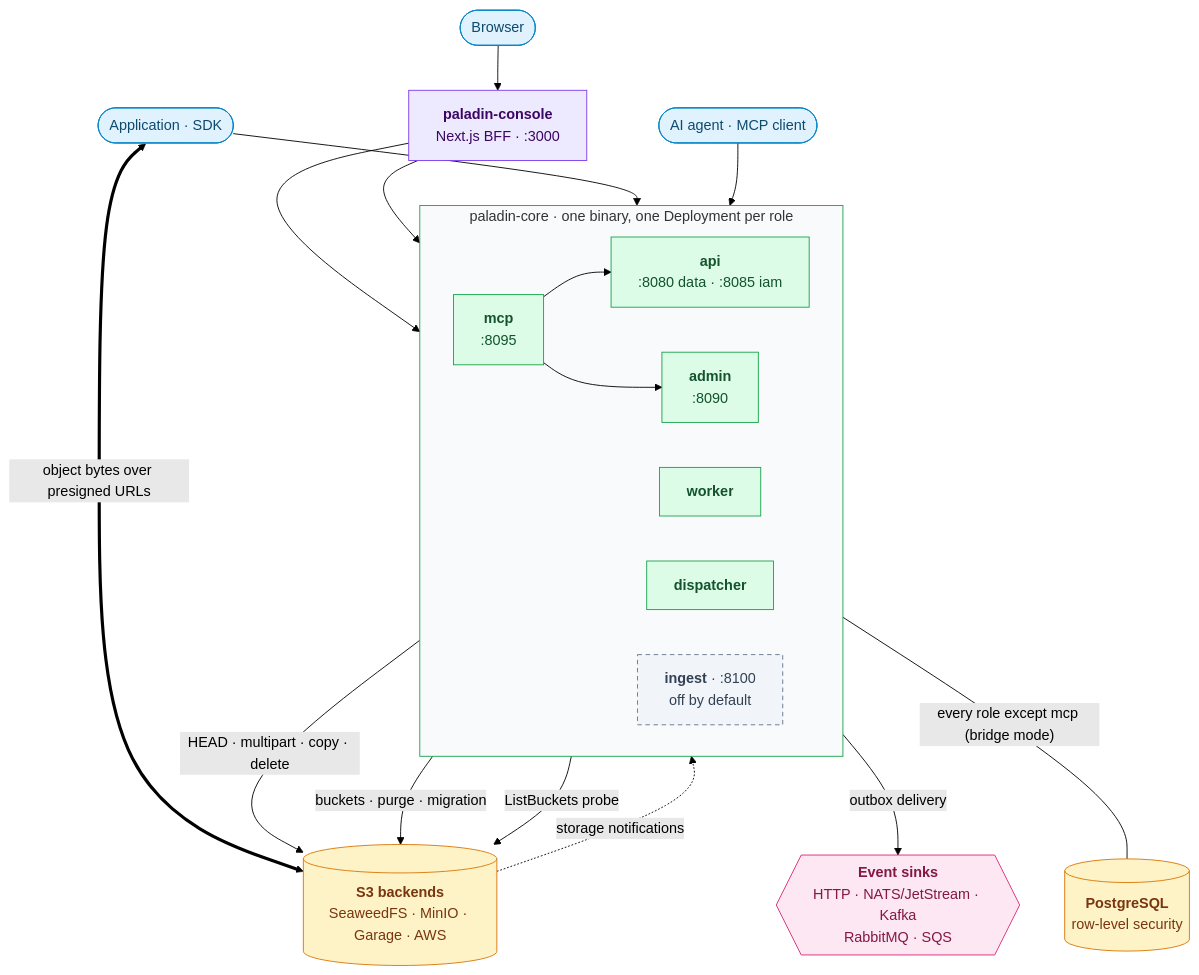
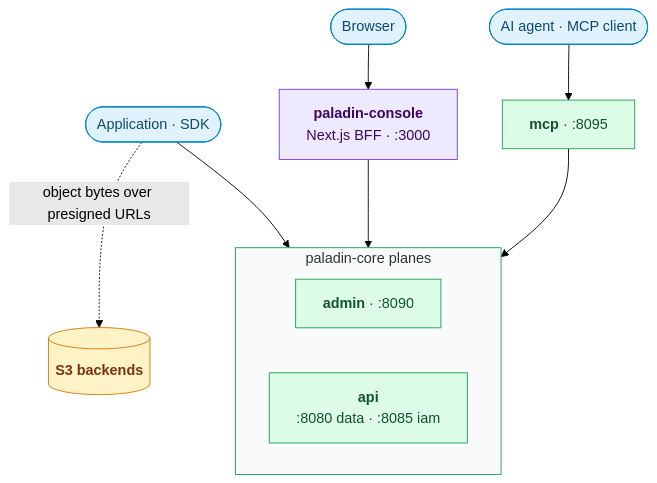
The first of 3 diagrams in ARCHITECTURE.md (oleg-tkachuk/paladin), drawn with Mermaid (forest theme) before and after one commit. The commit also changed other lines of this file and 2 other files, not shown here.

Commit message:
docs: lay the diagrams out so nothing overlaps in the default renderer
The previous layout was checked with mermaid-cli 12; GitHub and most
viewers render with dagre, where edge labels from subgraphs sat on top
of nodes and long edges crossed. The roles diagram is split into request
paths and per-role dependencies, and the schema into three groups.

````diff
--- a/ARCHITECTURE.md
+++ b/ARCHITECTURE.md
@@ -25,50 +25,36 @@
 ```mermaid
 flowchart TB
     browser(["Browser"])
+    agent(["AI agent · MCP client"])
     app(["Application · SDK"])
-    agent(["AI agent · MCP client"])
 
     bff["<b>paladin-console</b><br/>Next.js BFF · :3000"]
+    mcp["<b>mcp</b> · :8095"]
 
-    subgraph core ["paladin-core · one binary, one Deployment per role"]
+    subgraph planes ["paladin-core planes"]
         direction LR
-        mcp["<b>mcp</b><br/>:8095"]
+        admin["<b>admin</b> · :8090"]
         api["<b>api</b><br/>:8080 data · :8085 iam"]
-        admin["<b>admin</b><br/>:8090"]
-        worker["<b>worker</b>"]
-        dispatcher["<b>dispatcher</b>"]
-        ingest["<b>ingest</b> · :8100<br/>off by default"]
     end
 
-    pg[("<b>PostgreSQL</b><br/>row-level security")]
-    s3[("<b>S3 backends</b><br/>SeaweedFS · MinIO · Garage · AWS")]
-    sinks{{"<b>Event sinks</b><br/>HTTP · NATS/JetStream · Kafka<br/>RabbitMQ · SQS"}}
+    s3[("<b>S3 backends</b>")]
 
     browser --> bff
-    bff --> api & admin
+    agent --> mcp
+    bff --> planes
+    mcp --> planes
     app --> api
-    agent --> mcp
-    mcp --> api & admin
-    app <== "object bytes over presigned URLs" ==> s3
-
-    core -- "every role except mcp (bridge mode)" --- pg
-    api -- "HEAD · multipart · copy · delete" --> s3
-    worker -- "buckets · purge · migration" --> s3
-    admin -- "ListBuckets probe" --> s3
-    dispatcher -- "outbox delivery" --> sinks
-    s3 -. "storage notifications" .-> ingest
+    app -. "object bytes over presigned URLs" .-> s3
 
     classDef client fill:#E0F2FE,stroke:#0284C7,color:#0C4A6E
     classDef ui fill:#EDE9FE,stroke:#7C3AED,color:#3B0764
     classDef role fill:#DCFCE7,stroke:#16A34A,color:#14532D
     classDef optional fill:#F1F5F9,stroke:#64748B,color:#334155,stroke-dasharray:5 4
     classDef store fill:#FEF3C7,stroke:#D97706,color:#78350F
     classDef external fill:#FCE7F3,stroke:#DB2777,color:#831843
     class browser,app,agent client
     class bff ui
-    class api,admin,mcp,worker,dispatcher role
-    class ingest optional
-    class pg,s3 store
-    class sinks external
-    style core fill:#F8FAFC,stroke:#16A34A,stroke-width:1px
+    class api,admin,mcp role
+    class s3 store
+    style planes fill:#F8FAFC,stroke:#16A34A
 ```
````
